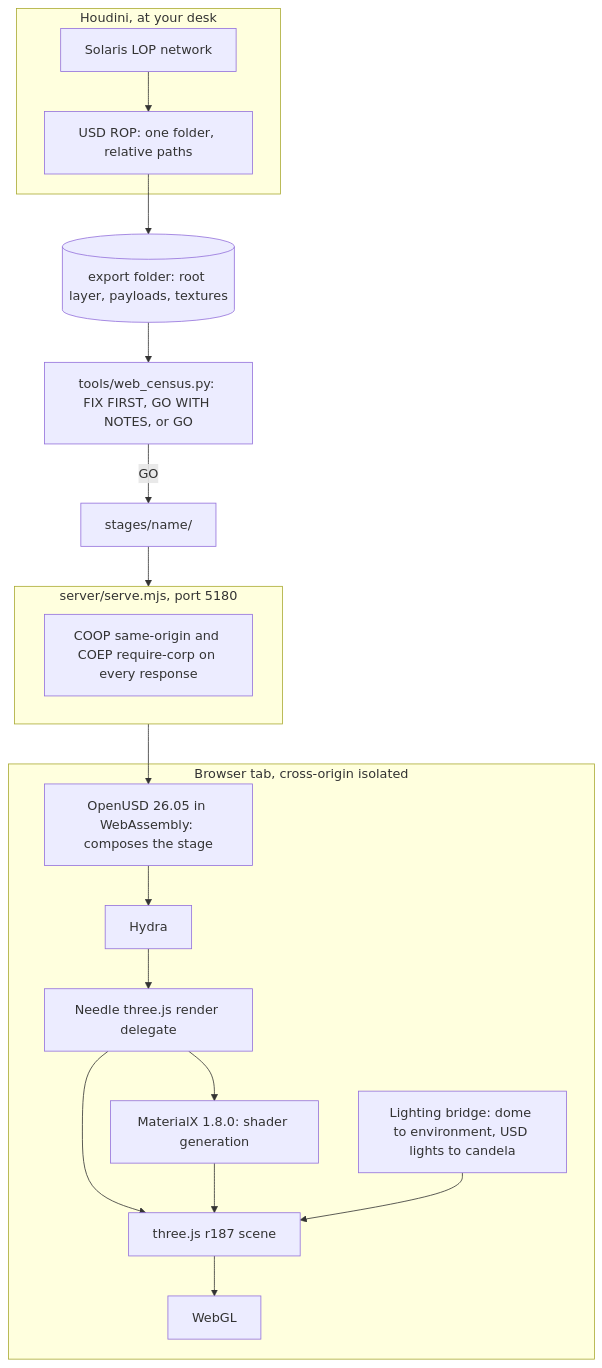
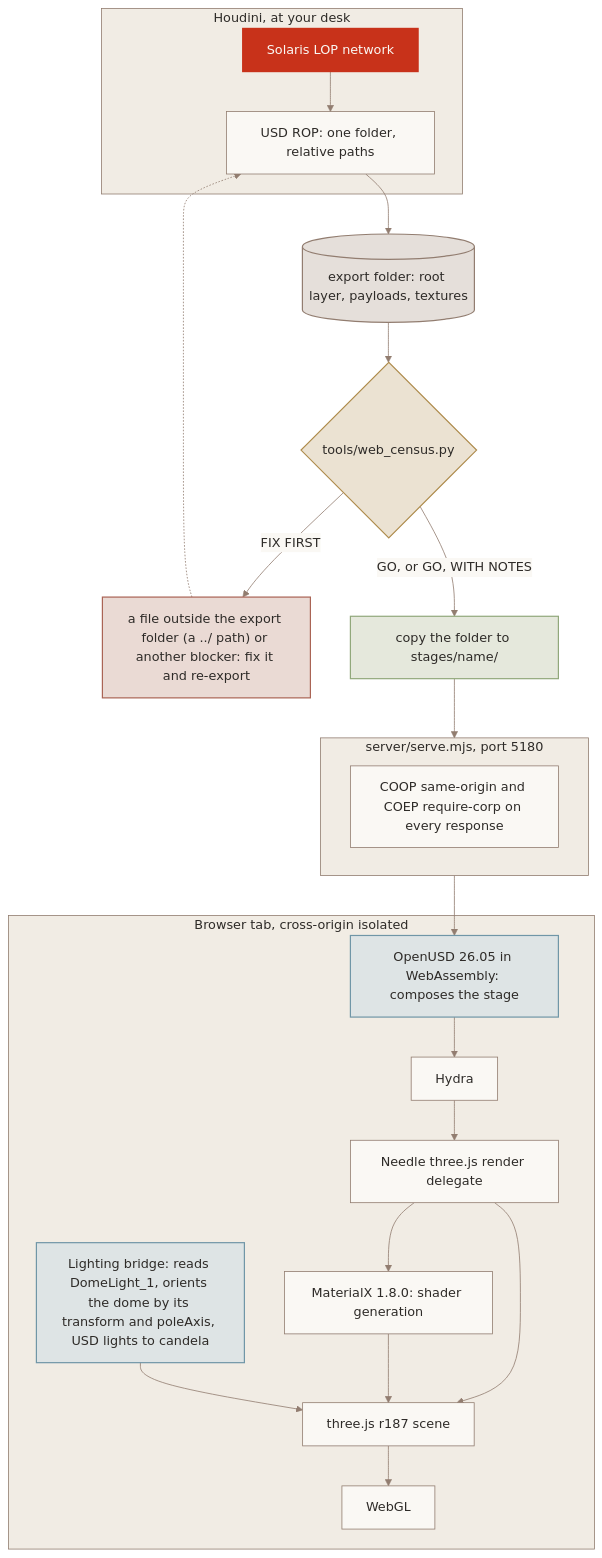
The diagram in docs/architecture.md (JosephOIbrahim/Solaris-to-Three.js), drawn with Mermaid before and after one commit. The commit also changed 1 other file, not shown here.

````diff
--- a/docs/architecture.md
+++ b/docs/architecture.md
@@ -13,23 +13,32 @@
 ```mermaid
+%%{init: {"theme": "base", "themeVariables": {"fontFamily": "Archivo, BlinkMacSystemFont, Segoe UI, Roboto, Helvetica Neue, Helvetica, Arial, Noto Sans, Liberation Sans, DejaVu Sans", "fontSize": "16px", "primaryColor": "#FAF8F4", "primaryTextColor": "#2E2B28", "primaryBorderColor": "#927D70", "secondaryColor": "#F1ECE4", "tertiaryColor": "#F1ECE4", "lineColor": "#927D70", "arrowheadColor": "#927D70", "textColor": "#83776D", "nodeTextColor": "#2E2B28", "clusterBkg": "#F1ECE4", "clusterBorder": "#927D70", "titleColor": "#2E2B28", "edgeLabelBackground": "#FAF8F4", "noteBkgColor": "#F1ECE4", "noteTextColor": "#2E2B28", "noteBorderColor": "#927D70"}}}%%
 flowchart TB
   subgraph desk["Houdini, at your desk"]
-    lop["Solaris LOP network"] --> rop["USD ROP: one folder, relative paths"]
+    lop["Solaris LOP network"]:::accent --> rop["USD ROP: one folder, relative paths"]
   end
-  rop --> folder[("export folder: root layer, payloads, textures")]
-  folder --> census["tools/web_census.py: FIX FIRST, GO WITH NOTES, or GO"]
-  census -->|GO| stages["stages/name/"]
+  rop --> folder[("export folder: root layer, payloads, textures")]:::umber
+  folder --> census{"tools/web_census.py"}:::ochre
+  census -->|FIX FIRST| outside["a file outside the export folder (a ../ path) or another blocker: fix it and re-export"]:::clay
+  outside -.-> rop
+  census -->|"GO, or GO, WITH NOTES"| stages["copy the folder to stages/name/"]:::moss
   stages --> server
   subgraph server["server/serve.mjs, port 5180"]
     headers["COOP same-origin and COEP require-corp on every response"]
   end
   server --> wasm
   subgraph tab["Browser tab, cross-origin isolated"]
-    wasm["OpenUSD 26.05 in WebAssembly: composes the stage"] --> hydra["Hydra"]
+    wasm["OpenUSD 26.05 in WebAssembly: composes the stage"]:::stone --> hydra["Hydra"]
     hydra --> delegate["Needle three.js render delegate"]
     delegate --> mtlx["MaterialX 1.8.0: shader generation"]
     delegate --> scene["three.js r187 scene"]
     mtlx --> scene
-    bridge["Lighting bridge: dome to environment, USD lights to candela"] --> scene
+    bridge["Lighting bridge: reads DomeLight_1, orients the dome by its transform and poleAxis, USD lights to candela"]:::stone --> scene
     scene --> webgl["WebGL"]
   end
+  classDef stone fill:#DEE4E5,stroke:#7096A7,stroke-width:1.5px,color:#2E2B28
+  classDef moss fill:#E5E8DC,stroke:#91A87B,stroke-width:1.5px,color:#2E2B28
+  classDef ochre fill:#EBE2D2,stroke:#AE8B4C,stroke-width:1.5px,color:#2E2B28
+  classDef clay fill:#EADAD4,stroke:#AA6455,stroke-width:1.5px,color:#2E2B28
+  classDef umber fill:#E5DFDA,stroke:#927D70,stroke-width:1.5px,color:#2E2B28
+  classDef accent fill:#C8321A,stroke:#C8321A,stroke-width:1.5px,color:#FAF8F4
 ```
````
